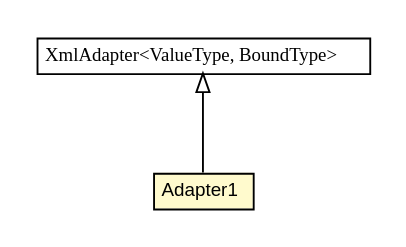
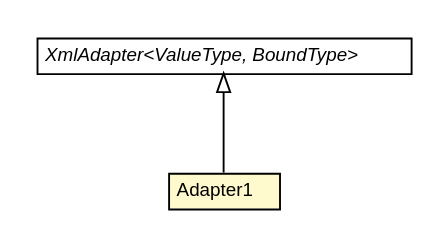
One commit to trajano/app changed the diagram in app-web/apidocs/org/w3/_2001/xmlschema/Adapter1.dot. Above: the diagram before and after it, drawn with Graphviz. The commit also changed 209 other files, not shown here.

```diff
--- a/app-web/apidocs/org/w3/_2001/xmlschema/Adapter1.dot
+++ b/app-web/apidocs/org/w3/_2001/xmlschema/Adapter1.dot
@@ -1,26 +1,26 @@
 #!/usr/local/bin/dot
 #
 # Class diagram 
 # Generated by UMLGraph version R5_6-24-gf6e263 (http://www.umlgraph.org/)
 #
 
 digraph G {
-	edge [fontname="arial",fontsize=10,labelfontname="arial",labelfontsize=10];
-	node [fontname="arial",fontsize=10,shape=plaintext];
+	edge [fontname="Helvetica",fontsize=10,labelfontname="Helvetica",labelfontsize=10];
+	node [fontname="Helvetica",fontsize=10,shape=plaintext];
 	nodesep=0.25;
 	ranksep=0.5;
 	// org.w3._2001.xmlschema.Adapter1
-	c113 [label=<<table title="org.w3._2001.xmlschema.Adapter1" border="0" cellborder="1" cellspacing="0" cellpadding="2" port="p" bgcolor="lemonChiffon" href="./Adapter1.html">
+	c119 [label=<<table title="org.w3._2001.xmlschema.Adapter1" border="0" cellborder="1" cellspacing="0" cellpadding="2" port="p" bgcolor="lemonChiffon" href="./Adapter1.html">
 		<tr><td><table border="0" cellspacing="0" cellpadding="1">
 <tr><td align="center" balign="center"> Adapter1 </td></tr>
 		</table></td></tr>
-		</table>>, URL="./Adapter1.html", fontname="arial", fontcolor="black", fontsize=10.0];
+		</table>>, URL="./Adapter1.html", fontname="Helvetica", fontcolor="black", fontsize=10.0];
 	//org.w3._2001.xmlschema.Adapter1 extends javax.xml.bind.annotation.adapters.XmlAdapter<java.lang.String, java.util.Calendar>
-	c114:p -> c113:p [dir=back,arrowtail=empty];
+	c120:p -> c119:p [dir=back,arrowtail=empty];
 	// javax.xml.bind.annotation.adapters.XmlAdapter<ValueType, BoundType>
-	c114 [label=<<table title="javax.xml.bind.annotation.adapters.XmlAdapter" border="0" cellborder="1" cellspacing="0" cellpadding="2" port="p" href="http://java.sun.com/j2se/1.4.2/docs/api/javax/xml/bind/annotation/adapters/XmlAdapter.html">
+	c120 [label=<<table title="javax.xml.bind.annotation.adapters.XmlAdapter" border="0" cellborder="1" cellspacing="0" cellpadding="2" port="p" href="http://java.sun.com/j2se/1.4.2/docs/api/javax/xml/bind/annotation/adapters/XmlAdapter.html">
 		<tr><td><table border="0" cellspacing="0" cellpadding="1">
-<tr><td align="center" balign="center"><font face="arial italic"> XmlAdapter&lt;ValueType, BoundType&gt; </font></td></tr>
+<tr><td align="center" balign="center"><font face="Helvetica-Oblique"> XmlAdapter&lt;ValueType, BoundType&gt; </font></td></tr>
 		</table></td></tr>
-		</table>>, URL="http://java.sun.com/j2se/1.4.2/docs/api/javax/xml/bind/annotation/adapters/XmlAdapter.html", fontname="arial", fontcolor="black", fontsize=10.0];
+		</table>>, URL="http://java.sun.com/j2se/1.4.2/docs/api/javax/xml/bind/annotation/adapters/XmlAdapter.html", fontname="Helvetica", fontcolor="black", fontsize=10.0];
 }
```
